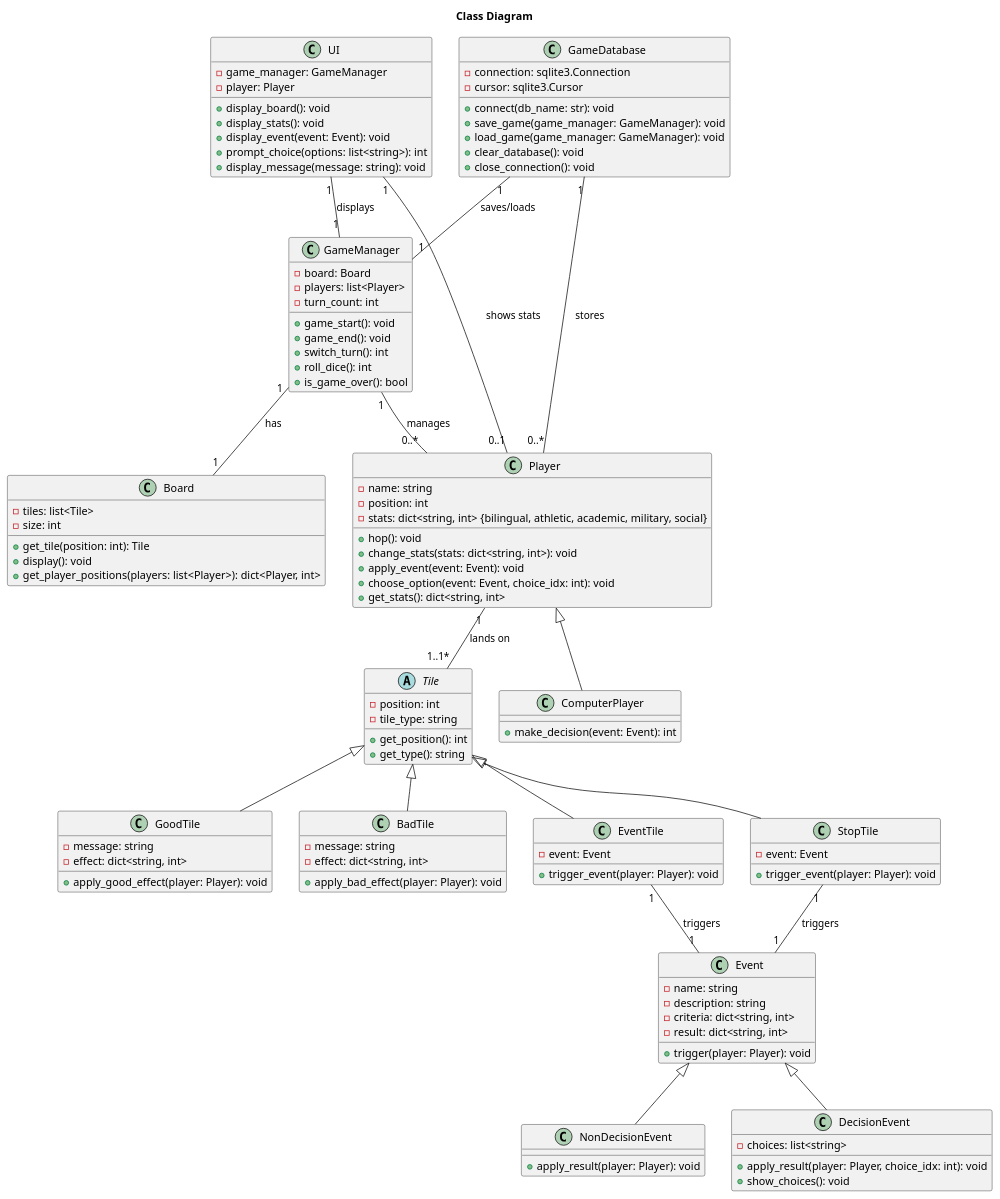
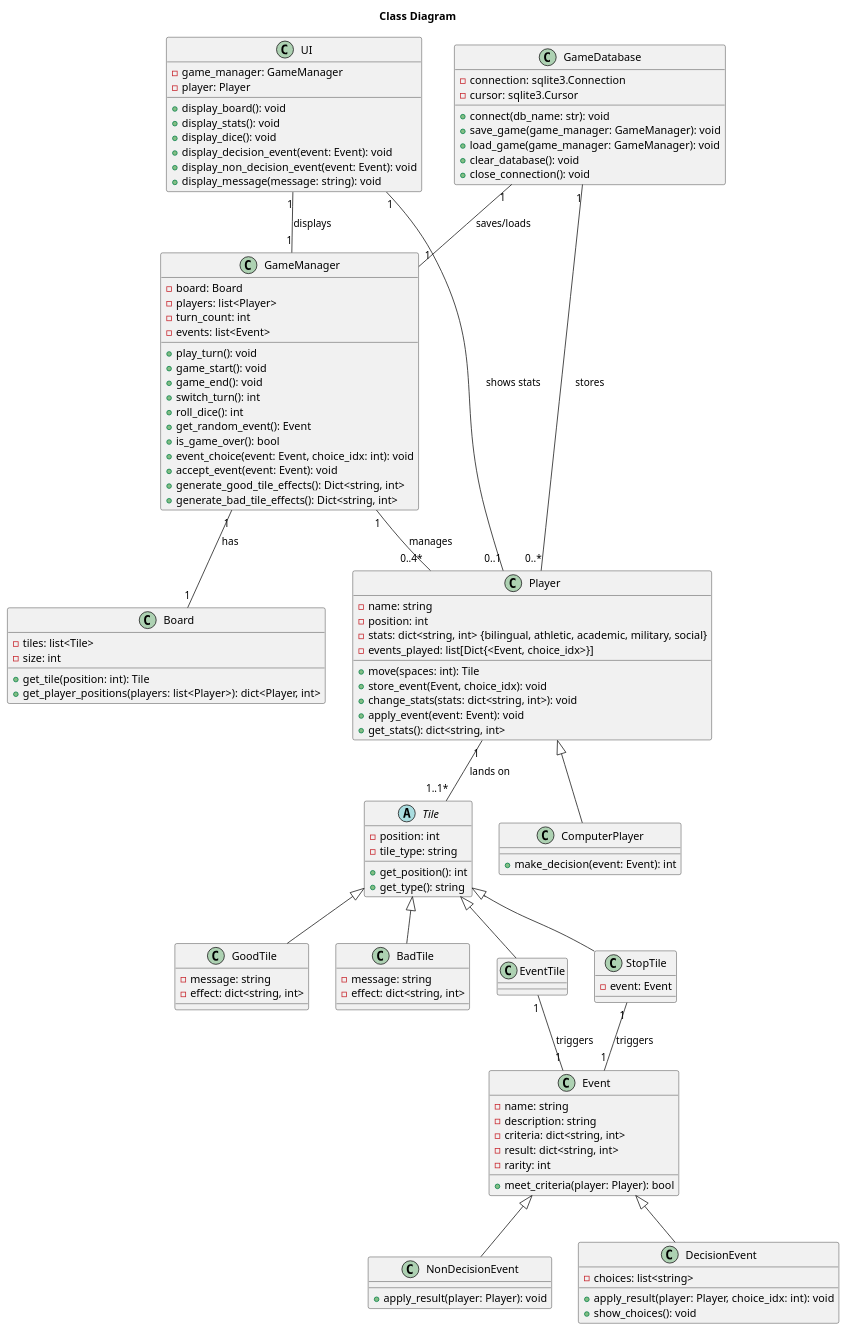
Before and after one commit to CSE-362-2025/BoardGameProject: the diagram in diagrams/class_diagram.puml, drawn with PlantUML. The commit also changed 7 other files, not shown here.

Commit message:
Added rarity, event list. Class diagram and roll_dice from human sequence diagram

```diff
--- a/diagrams/class_diagram.puml
+++ b/diagrams/class_diagram.puml
@@ -1,152 +1,156 @@
 @startuml class_diagram
 title "Class Diagram"
 ' skinparam shadowing false
 ' skinparam classAttributeIconSize 0
 
 class GameDatabase {
     
     - connection: sqlite3.Connection
     - cursor: sqlite3.Cursor
 
     + connect(db_name: str): void
     + save_game(game_manager: GameManager): void
     + load_game(game_manager: GameManager): void
     + clear_database(): void
     + close_connection(): void
 
 }
 
 class Board {
 
     - tiles: list<Tile>
     - size: int
 
     + get_tile(position: int): Tile
-    + display(): void
     + get_player_positions(players: list<Player>): dict<Player, int>
 }
 
 abstract class Tile {
 
     - position: int
     - tile_type: string
 
     + get_position(): int
     + get_type(): string
 }
 
 class GoodTile {
     - message: string
     - effect: dict<string, int>
 
-    + apply_good_effect(player: Player): void
 }
 
 class BadTile {
     - message: string
     - effect: dict<string, int>
 
-    + apply_bad_effect(player: Player): void
 }
 
 class EventTile {
-    - event: Event
 
-    + trigger_event(player: Player): void
 }
 
 class StopTile {
     - event: Event
 
-    + trigger_event(player: Player): void
 }
 
 class Player {
 
     - name: string
     - position: int
     - stats: dict<string, int> {bilingual, athletic, academic, military, social}
+    - events_played: list[Dict{<Event, choice_idx>}]
 
-    + hop(): void
+    + move(spaces: int): Tile
+    + store_event(Event, choice_idx): void
     + change_stats(stats: dict<string, int>): void
     + apply_event(event: Event): void
-    + choose_option(event: Event, choice_idx: int): void
     + get_stats(): dict<string, int>
 
 }
 
 class ComputerPlayer {
 
     + make_decision(event: Event): int
 }
 
 class Event {
 
     - name: string
     - description: string
     - criteria: dict<string, int>
     - result: dict<string, int>
+    - rarity: int
 
-    + trigger(player: Player): void
+    + meet_criteria(player: Player): bool
 }
 
 class NonDecisionEvent {
 
     + apply_result(player: Player): void
 }
 
 class DecisionEvent {
     - choices: list<string>
 
     + apply_result(player: Player, choice_idx: int): void
     + show_choices(): void
 }
 
 
 class GameManager {
 
     - board: Board
     - players: list<Player>
     - turn_count: int
+    - events: list<Event>
 
+    + play_turn(): void
     + game_start(): void
     + game_end(): void
     + switch_turn(): int
     + roll_dice(): int
+    + get_random_event(): Event
     + is_game_over(): bool
+    + event_choice(event: Event, choice_idx: int): void
+    + accept_event(event: Event): void
+    + generate_good_tile_effects(): Dict<string, int>
+    + generate_bad_tile_effects(): Dict<string, int>
 }
 
 class UI {
 
     - game_manager: GameManager
     - player: Player
 
     + display_board(): void
     + display_stats(): void
-    + display_event(event: Event): void
-    + prompt_choice(options: list<string>): int
+    + display_dice(): void
+    + display_decision_event(event: Event): void
+    + display_non_decision_event(event: Event): void
     + display_message(message: string): void
 }
 
 
 ' Relationships
 
 Player "1" -- "1..1*" Tile : "lands on"
 GameDatabase "1" -- "0..*" Player : "stores"
 GameDatabase "1" -- "1" GameManager : "saves/loads"
-GameManager "1" -- "0..*" Player : "manages"
+GameManager "1" -- "0..4*" Player : "manages"
 GameManager "1" -- "1" Board : "has"
 UI "1" -- "1" GameManager : "displays"
 UI "1" -- "0..1" Player : "shows stats"
 EventTile "1" -- "1" Event : "triggers"
 StopTile "1" -- "1" Event : "triggers"
 Tile <|-- GoodTile
 Tile <|-- BadTile
 Tile <|-- EventTile
 Tile <|-- StopTile
 Event <|-- NonDecisionEvent
 Event <|-- DecisionEvent
 Player <|-- ComputerPlayer
 
 
 @enduml
```
